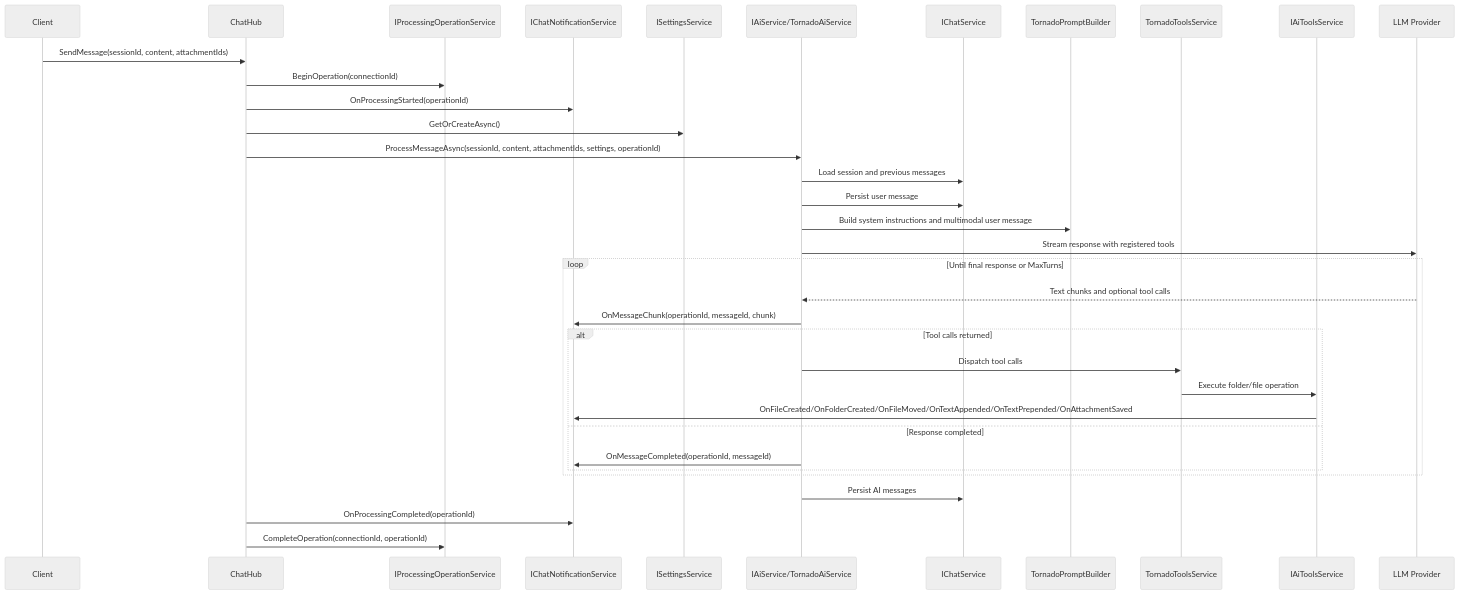
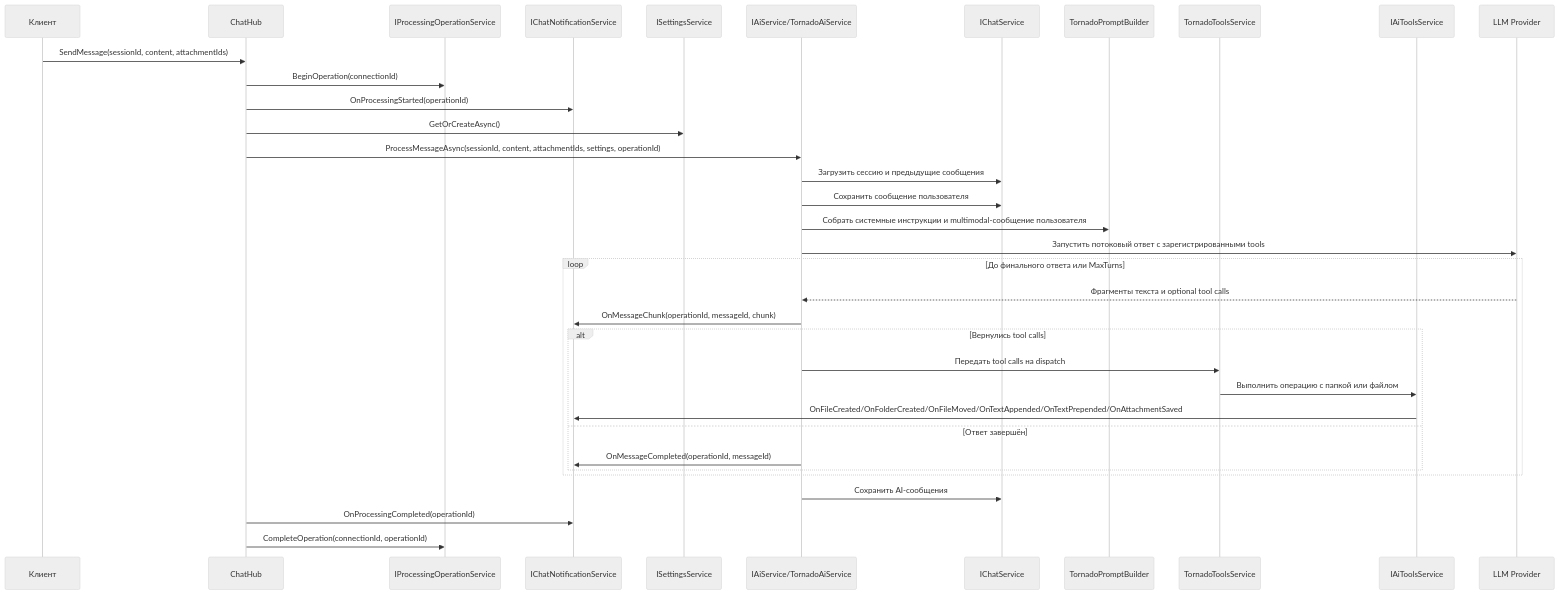
Before and after one commit to BarminGeorge/ShuKnow: the first of 2 diagrams in docs/API_ARCHITECTURE.md, drawn with Mermaid (neutral theme). The commit also changed other lines of this file and 1 other file, not shown here.

````diff
--- a/docs/API_ARCHITECTURE.md
+++ b/docs/API_ARCHITECTURE.md
@@ -25,40 +25,40 @@
 ```mermaid
 sequenceDiagram
-    participant Client
+    participant Client as Клиент
     participant Hub as ChatHub
     participant Ops as IProcessingOperationService
     participant Notify as IChatNotificationService
     participant Settings as ISettingsService
     participant AI as IAiService/TornadoAiService
     participant Chat as IChatService
     participant Prompt as TornadoPromptBuilder
     participant Tools as TornadoToolsService
     participant ToolPort as IAiToolsService
     participant LLM as LLM Provider
 
     Client->>Hub: SendMessage(sessionId, content, attachmentIds)
     Hub->>Ops: BeginOperation(connectionId)
     Hub->>Notify: OnProcessingStarted(operationId)
     Hub->>Settings: GetOrCreateAsync()
     Hub->>AI: ProcessMessageAsync(sessionId, content, attachmentIds, settings, operationId)
-    AI->>Chat: Load session and previous messages
-    AI->>Chat: Persist user message
-    AI->>Prompt: Build system instructions and multimodal user message
-    AI->>LLM: Stream response with registered tools
+    AI->>Chat: Загрузить сессию и предыдущие сообщения
+    AI->>Chat: Сохранить сообщение пользователя
+    AI->>Prompt: Собрать системные инструкции и multimodal-сообщение пользователя
+    AI->>LLM: Запустить потоковый ответ с зарегистрированными tools
 
-    loop Until final response or MaxTurns
-        LLM-->>AI: Text chunks and optional tool calls
+    loop До финального ответа или MaxTurns
+        LLM-->>AI: Фрагменты текста и optional tool calls
         AI->>Notify: OnMessageChunk(operationId, messageId, chunk)
-        alt Tool calls returned
-            AI->>Tools: Dispatch tool calls
-            Tools->>ToolPort: Execute folder/file operation
+        alt Вернулись tool calls
+            AI->>Tools: Передать tool calls на dispatch
+            Tools->>ToolPort: Выполнить операцию с папкой или файлом
             ToolPort->>Notify: OnFileCreated/OnFolderCreated/OnFileMoved/OnTextAppended/OnTextPrepended/OnAttachmentSaved
-        else Response completed
+        else Ответ завершён
             AI->>Notify: OnMessageCompleted(operationId, messageId)
         end
     end
 
-    AI->>Chat: Persist AI messages
+    AI->>Chat: Сохранить AI-сообщения
     Hub->>Notify: OnProcessingCompleted(operationId)
     Hub->>Ops: CompleteOperation(connectionId, operationId)
 ```
````
